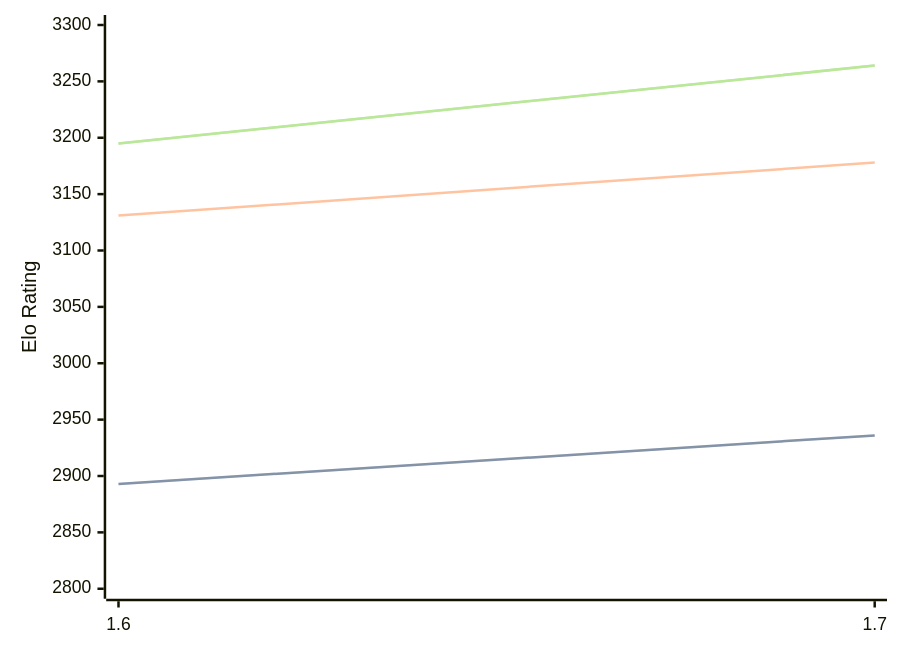
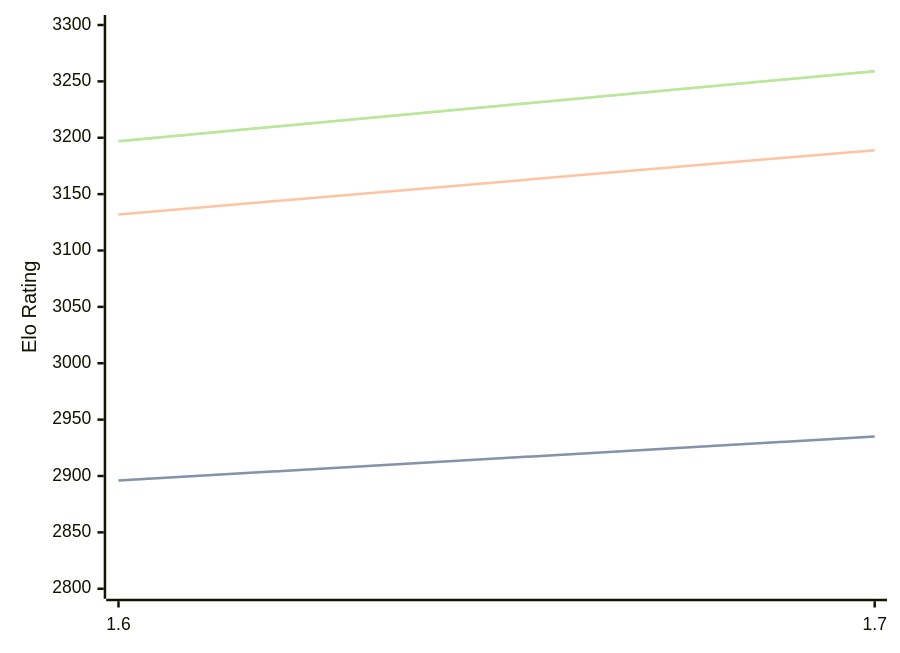
The diagram in engines/Bitbit.md (computer-chess-index/cci), drawn with Mermaid before and after one commit. The commit also changed other lines of this file, not shown here.

Commit message:
Update CCI Ratings (ELO VLTC) - 2026-08-09

````diff
--- a/engines/Bitbit.md
+++ b/engines/Bitbit.md
@@ -32,11 +32,11 @@
 ```mermaid
 %%{init: {"theme":"base","themeVariables":{"seriesColors:['#a3a3a3','#222221','#faa371']}}}%%
 xychart-beta
   x-axis ["1.6", "1.7"]
   y-axis "Elo Rating" 2800 --> 3300
-  line "STC (8.0+0.08s)" [2893, 2936]
-  line "STC (8.0+0.08s)" [2893, 2936]
-  line "LTC (60.0+0.60s)" [3131, 3178]
-  line "VLTC (2m24s+1.12s)" [3195, 3264]
-  line "VLTC (2m24s+1.12s)" [3195, 3264]
+  line "STC (8.0+0.08s)" [2896, 2935]
+  line "STC (8.0+0.08s)" [2896, 2935]
+  line "LTC (60.0+0.60s)" [3132, 3189]
+  line "VLTC (2m24s+1.12s)" [3197, 3259]
+  line "VLTC (2m24s+1.12s)" [3197, 3259]
 ```
````
